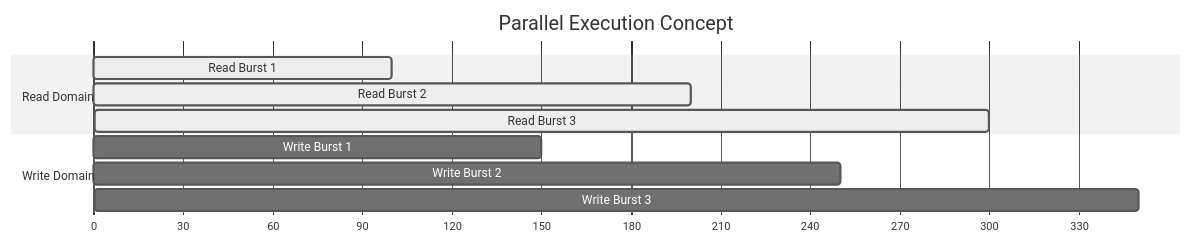
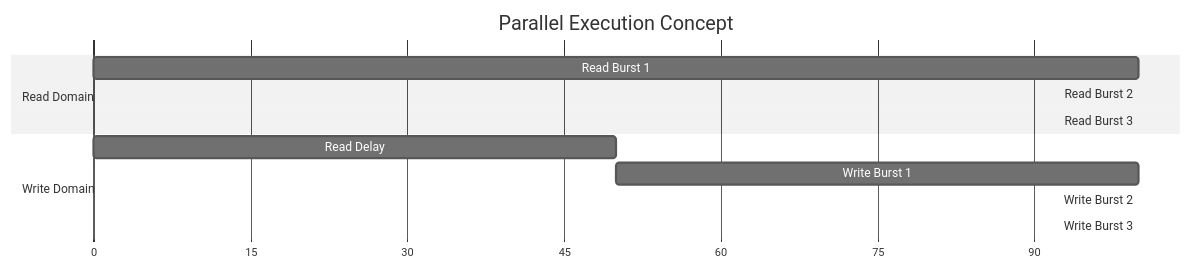
The second of 8 diagrams in doc/burst_master.md (bccha/quartus_project), drawn with Mermaid (neutral theme) before and after one commit. The commit also changed other lines of this file, not shown here.

Commit message:
Fix: Stagger Mermaid Gantt charts using 'after' keyword for correct timing visualization

````diff
--- a/doc/burst_master.md
+++ b/doc/burst_master.md
@@ -184,14 +185,15 @@
 ```mermaid
 gantt
     title Parallel Execution Concept
     dateFormat  X
     axisFormat %s
     section Read Domain
-    Read Burst 1    :active, r1, 0, 100
-    Read Burst 2    :active, r2, 100, 200
-    Read Burst 3    :active, r3, 200, 300
+    Read Burst 1    : r1, 0, 100
+    Read Burst 2    : r2, after r1, 100
+    Read Burst 3    : r3, after r2, 100
     section Write Domain
-    Write Burst 1   :w1, 50, 150
-    Write Burst 2   :w2, 150, 250
-    Write Burst 3   :w3, 250, 350
+    Read Delay      : m1, 0, 50
+    Write Burst 1   : w1, after m1, 100
+    Write Burst 2   : w2, after w1, 100
+    Write Burst 3   : w3, after w2, 100
 ```
````
